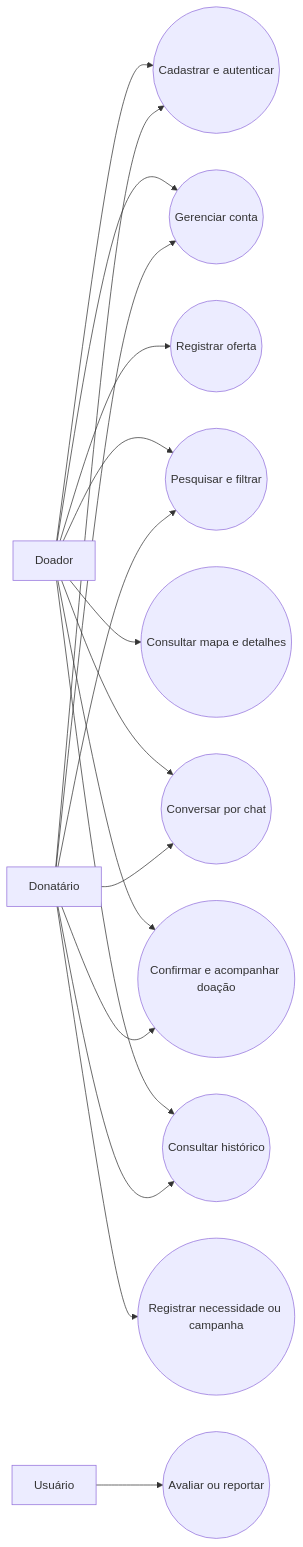
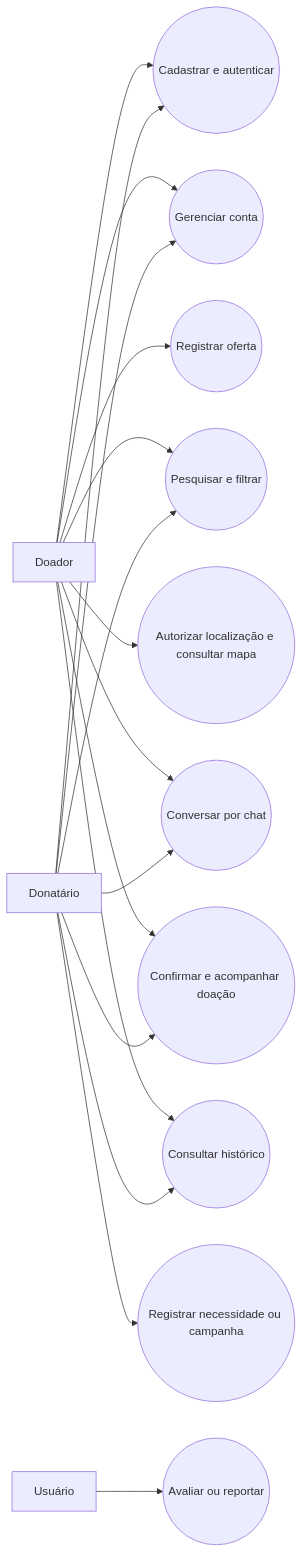
One commit to diergu/MovApplicationProject-Template changed the diagram in docs/02-Especificação do Projeto.md. Above: the diagram before and after it, drawn with Mermaid. The commit also changed other lines of this file, not shown here.

````diff
--- a/docs/02-Especificação do Projeto.md
+++ b/docs/02-Especificação do Projeto.md
@@ -132,34 +132,34 @@
 ```mermaid
 flowchart LR
     D[Doador]
     N[Donatário]
     U[Usuário]
 
     UC1((Cadastrar e autenticar))
     UC2((Gerenciar conta))
     UC3((Registrar oferta))
     UC4((Registrar necessidade ou campanha))
     UC5((Pesquisar e filtrar))
-    UC6((Consultar mapa e detalhes))
+    UC6((Autorizar localização e consultar mapa))
     UC7((Conversar por chat))
     UC8((Confirmar e acompanhar doação))
     UC9((Consultar histórico))
     UC10((Avaliar ou reportar))
 
     D --> UC1
     D --> UC2
     D --> UC3
     D --> UC5
     D --> UC6
     D --> UC7
     D --> UC8
     D --> UC9
     N --> UC1
     N --> UC2
     N --> UC4
     N --> UC5
     N --> UC7
     N --> UC8
     N --> UC9
     U --> UC10
 ```
````
